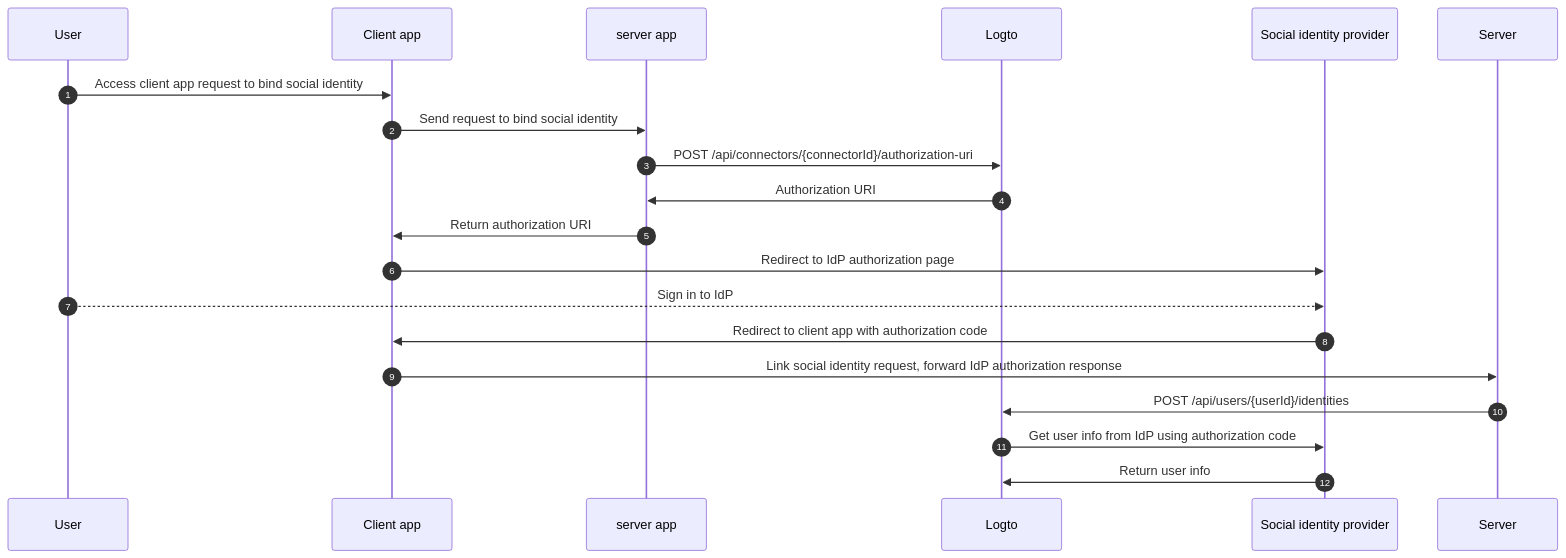
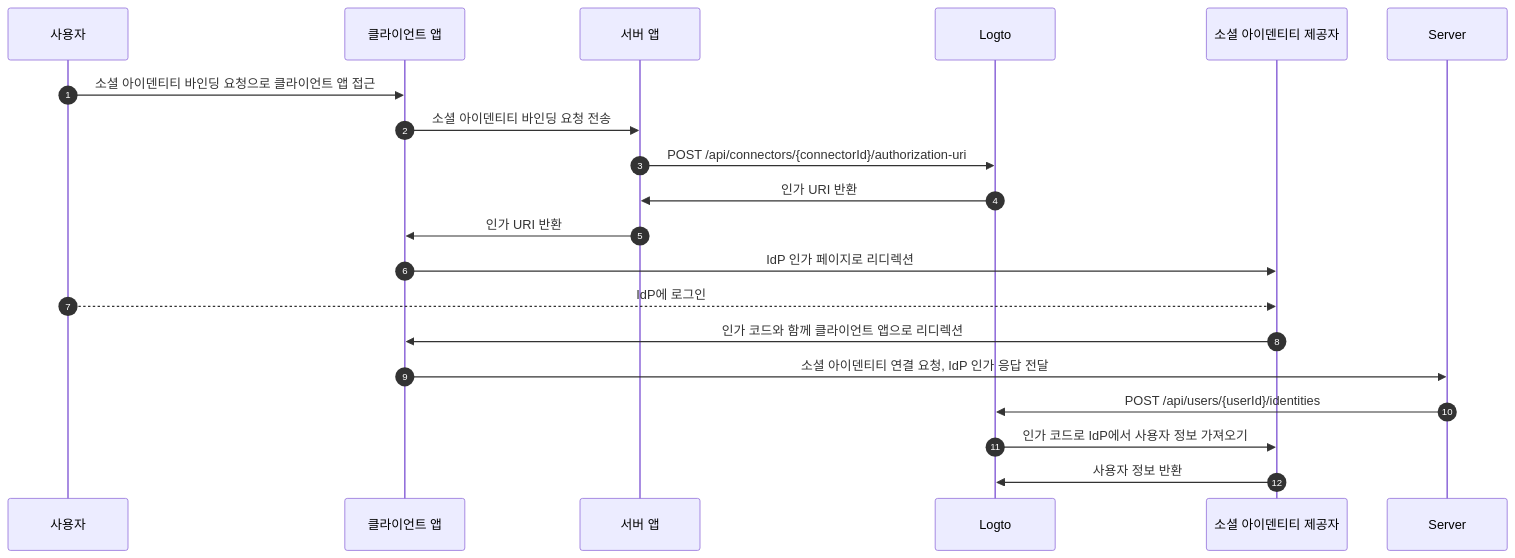
Before and after one commit to logto-io/docs: the third of 3 diagrams in i18n/ko/docusaurus-plugin-content-docs/current/end-user-flows/account-settings/by-management-api.mdx, drawn with Mermaid. The commit also changed other lines of this file and 162 other files, not shown here.

````diff
--- a/i18n/ko/docusaurus-plugin-content-docs/current/end-user-flows/account-settings/by-management-api.mdx
+++ b/i18n/ko/docusaurus-plugin-content-docs/current/end-user-flows/account-settings/by-management-api.mdx
@@ -120,22 +121,22 @@
 ```mermaid
 sequenceDiagram
     autoNumber
-    participant User as User
-    participant Client as Client app
-    participant App as server app
+    participant User as 사용자
+    participant Client as 클라이언트 앱
+    participant App as 서버 앱
     participant Logto as Logto
-    participant IdP as Social identity provider
+    participant IdP as 소셜 아이덴티티 제공자
 
-    User ->> Client: Access client app request to bind social identity
-    Client ->> App: Send request to bind social identity
+    User ->> Client: 소셜 아이덴티티 바인딩 요청으로 클라이언트 앱 접근
+    Client ->> App: 소셜 아이덴티티 바인딩 요청 전송
     App ->> Logto: POST /api/connectors/{connectorId}/authorization-uri
-    Logto ->> App: Authorization URI
-    App ->> Client: Return authorization URI
-    Client ->> IdP: Redirect to IdP authorization page
-    User -->> IdP: Sign in to IdP
-    IdP ->> Client: Redirect to client app with authorization code
-    Client ->> Server: Link social identity request, forward IdP authorization response
+    Logto ->> App: 인가 URI 반환
+    App ->> Client: 인가 URI 반환
+    Client ->> IdP: IdP 인가 페이지로 리디렉션
+    User -->> IdP: IdP에 로그인
+    IdP ->> Client: 인가 코드와 함께 클라이언트 앱으로 리디렉션
+    Client ->> Server: 소셜 아이덴티티 연결 요청, IdP 인가 응답 전달
     Server ->> Logto: POST /api/users/{userId}/identities
-    Logto ->> IdP: Get user info from IdP using authorization code
-    IdP ->> Logto: Return user info
+    Logto ->> IdP: 인가 코드로 IdP에서 사용자 정보 가져오기
+    IdP ->> Logto: 사용자 정보 반환
 ```
````
